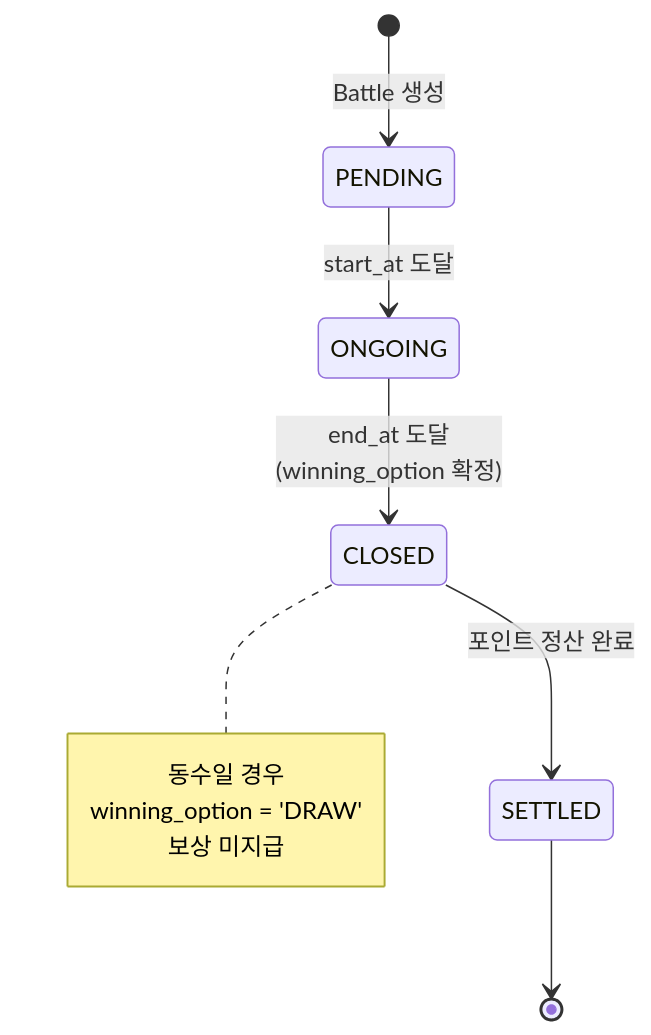
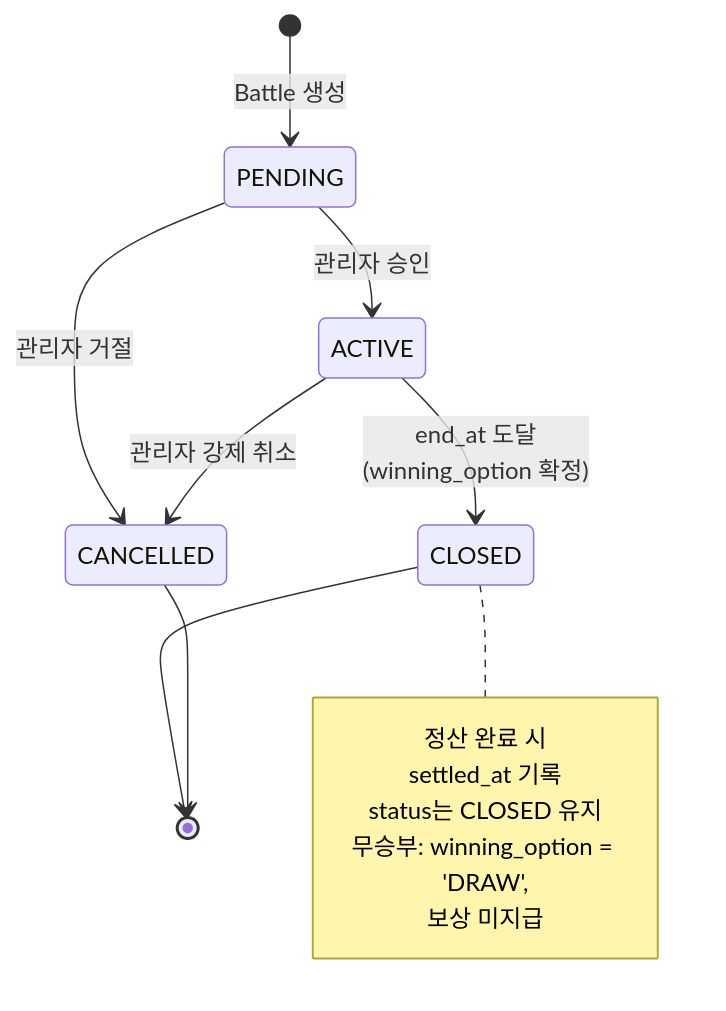
The third of 4 diagrams in docs/battle/BATTLE_ERD.md (K-Ghwan99/todongsan), drawn with Mermaid before and after one commit. The commit also changed other lines of this file and 2 other files, not shown here.

````diff
--- a/docs/battle/BATTLE_ERD.md
+++ b/docs/battle/BATTLE_ERD.md
@@ -224,14 +237,18 @@
 ```mermaid
 stateDiagram-v2
     [*] --> PENDING: Battle 생성
-    PENDING --> ONGOING: start_at 도달
-    ONGOING --> CLOSED: end_at 도달<br/>(winning_option 확정)
-    CLOSED --> SETTLED: 포인트 정산 완료
-    SETTLED --> [*]
+    PENDING --> ACTIVE: 관리자 승인
+    PENDING --> CANCELLED: 관리자 거절
+    ACTIVE --> CLOSED: end_at 도달<br/>(winning_option 확정)
+    ACTIVE --> CANCELLED: 관리자 강제 취소
+    CLOSED --> [*]
+    CANCELLED --> [*]
 
     note right of CLOSED
-        동수일 경우
-        winning_option = 'DRAW'
+        정산 완료 시
+        settled_at 기록
+        status는 CLOSED 유지
+        무승부: winning_option = 'DRAW',
         보상 미지급
     end note
 ```
````
